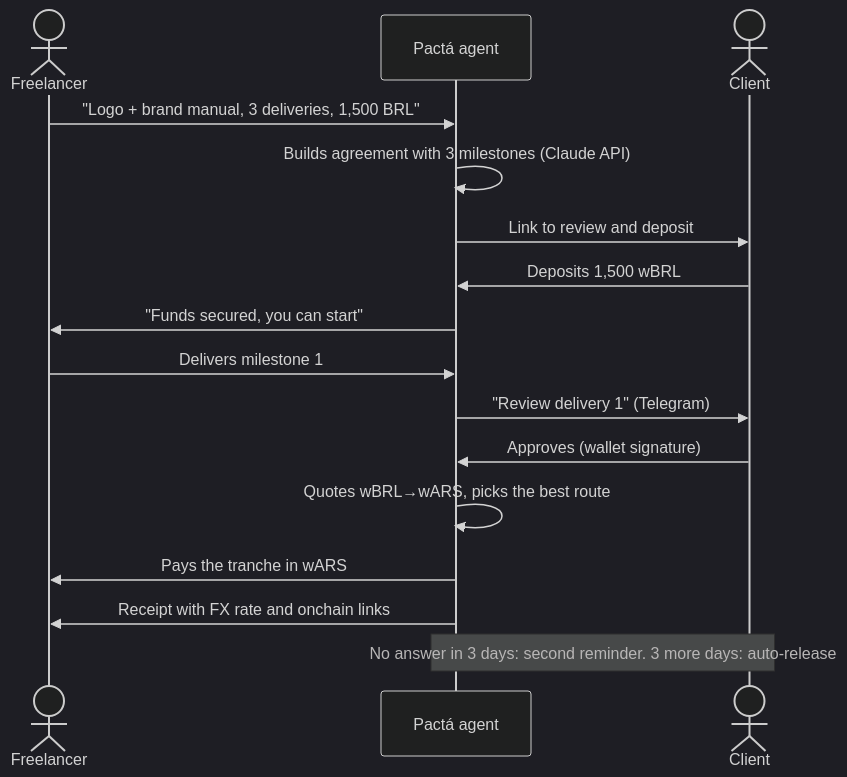
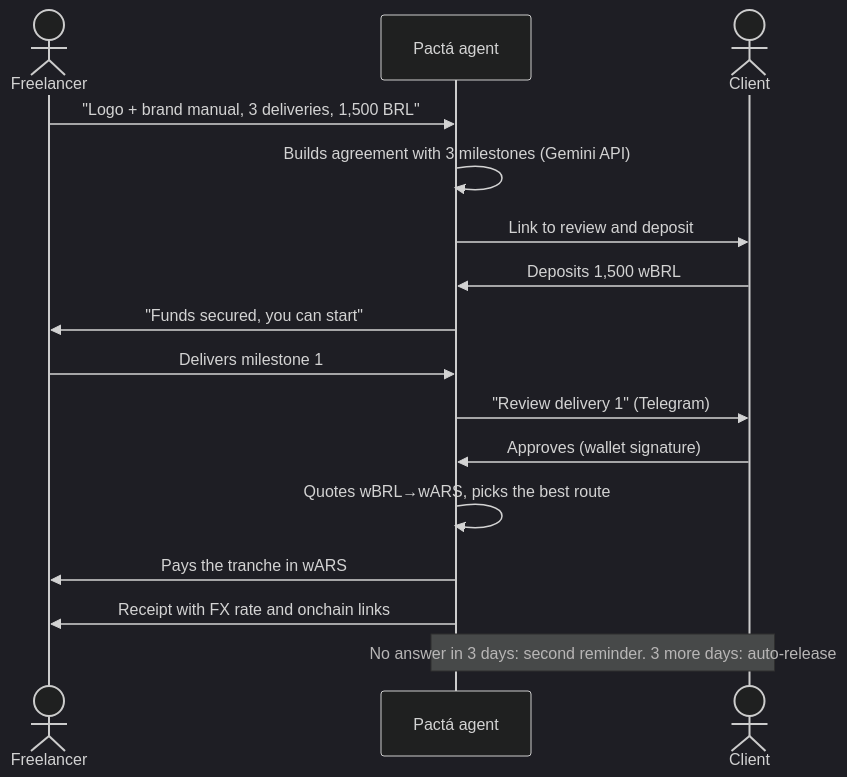
One commit to marianelavflora/pacta changed the first of 2 diagrams in README.md. Above: the diagram before and after it, drawn with Mermaid (dark theme). The commit also changed other lines of this file, not shown here.

First line of the commit message:
README: primera conversión real wARS -> wBRL en mainnet y el intake usa Gemini

````diff
--- a/README.md
+++ b/README.md
@@ -35,18 +35,18 @@
 ```mermaid
 sequenceDiagram
   actor F as Freelancer
   participant A as Pactá agent
   actor C as Client
   F->>A: "Logo + brand manual, 3 deliveries, 1,500 BRL"
-  A->>A: Builds agreement with 3 milestones (Claude API)
+  A->>A: Builds agreement with 3 milestones (Gemini API)
   A->>C: Link to review and deposit
   C->>A: Deposits 1,500 wBRL
   A->>F: "Funds secured, you can start"
   F->>A: Delivers milestone 1
   A->>C: "Review delivery 1" (Telegram)
   C->>A: Approves (wallet signature)
   A->>A: Quotes wBRL→wARS, picks the best route
   A->>F: Pays the tranche in wARS
   A->>F: Receipt with FX rate and onchain links
   Note over A,C: No answer in 3 days: second reminder. 3 more days: auto-release
 ```
````
